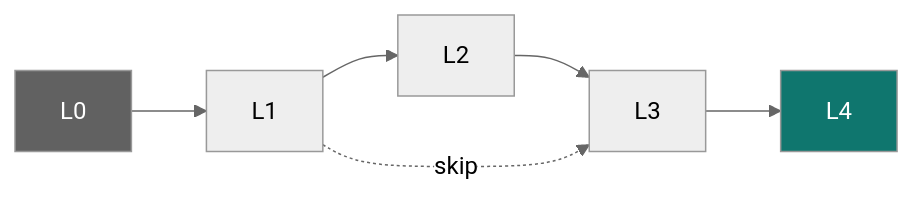
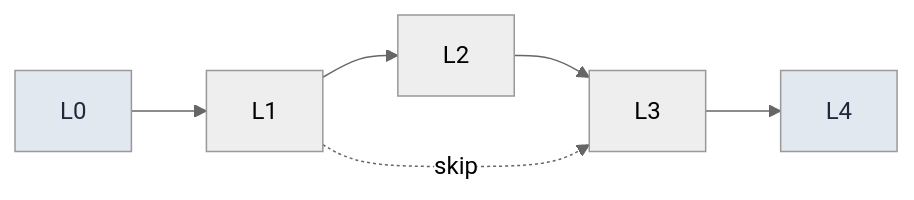
Before and after one commit to XUanhoa04/aiops-engineering-handbook: diagram 14 of 15 in docs/en/06-data-plane/README.md, drawn with Mermaid (neutral theme). The commit also changed other lines of this file and 39 other files, not shown here.

First line of the commit message:
docs: concept-first Ch.08-12, collapse code, soft Mermaid colors

````diff
--- a/docs/en/06-data-plane/README.md
+++ b/docs/en/06-data-plane/README.md
@@ -1141,7 +1141,7 @@
 ```mermaid
 flowchart LR
     L0 --> L1 --> L2 --> L3 --> L4
     L1 -.->|skip| L3
-    style L0 fill:#616161,color:#fff
-    style L4 fill:#0f766e,color:#fff
+    style L0 fill:#e2e8f0,color:#1e293b
+    style L4 fill:#e2e8f0,color:#1e293b
 ```
````
